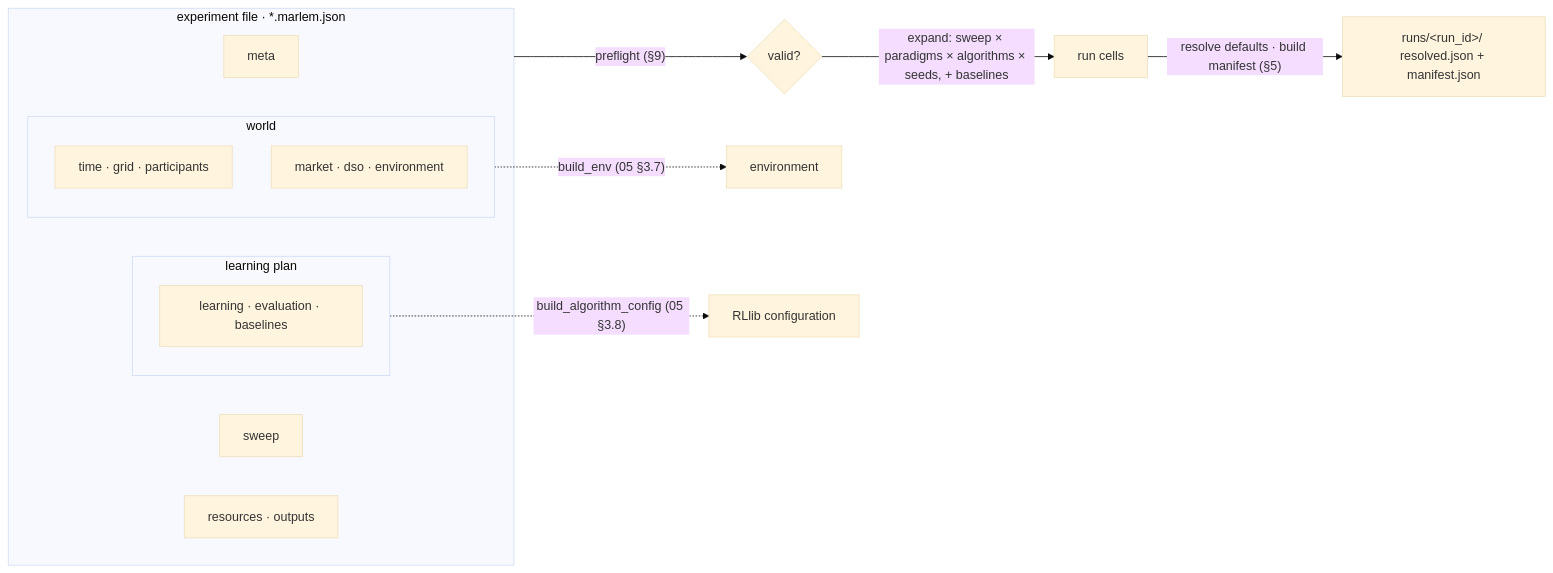
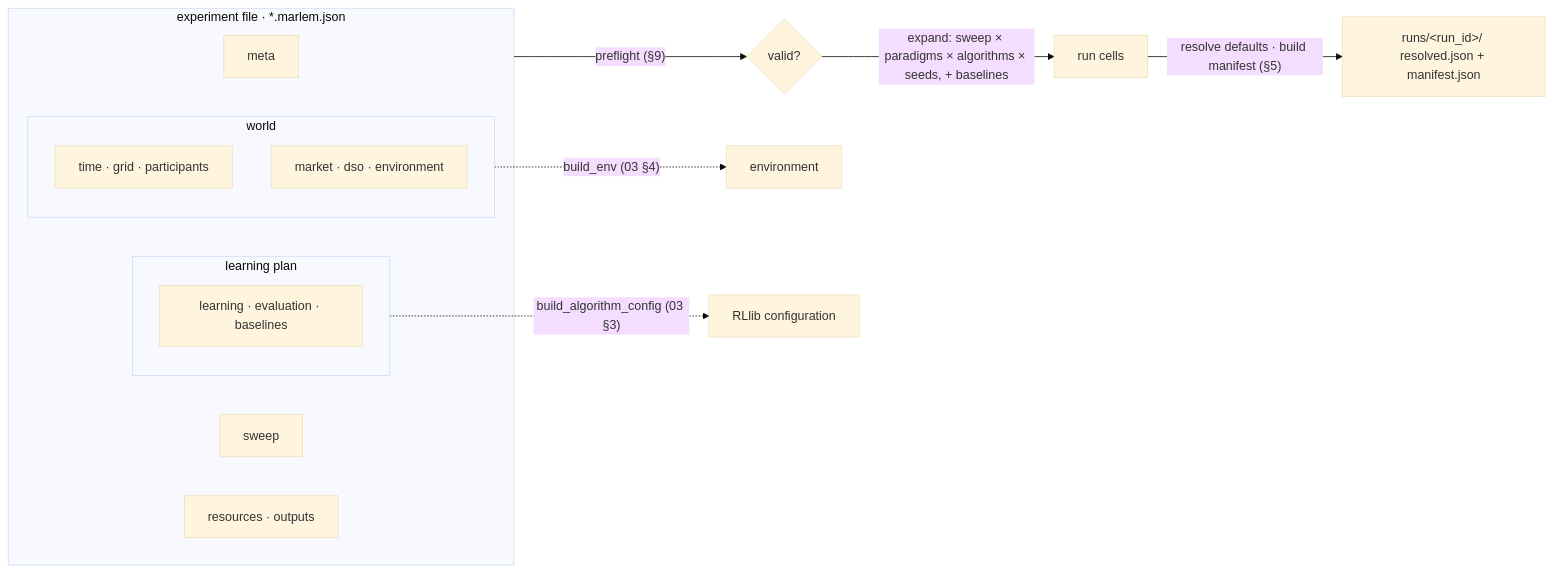
The diagram in docs_thesis/thesis/architecture/02-experiment-config.md (KevinRapo/P2P-thesis), drawn with Mermaid (base theme) before and after one commit. The commit also changed other lines of this file and 11 other files, not shown here.

First line of the commit message:
docs(architecture): structure over function reference; layer order 01-05

````diff
--- a/docs_thesis/thesis/architecture/02-experiment-config.md
+++ b/docs_thesis/thesis/architecture/02-experiment-config.md
@@ -40,20 +41,20 @@
 ```mermaid
 flowchart LR
   subgraph FILE["experiment file · *.marlem.json"]
     META["meta"]
     subgraph WORLD["world"]
       W1["time · grid · participants"]
       W2["market · dso · environment"]
     end
     subgraph PLAN["learning plan"]
       P1["learning · evaluation · baselines"]
     end
     SWEEP["sweep"]
     RES["resources · outputs"]
   end
   FILE -->|"preflight (§9)"| OK{"valid?"}
   OK -->|"expand: sweep × paradigms × algorithms × seeds, + baselines"| CELLS["run cells"]
   CELLS -->|"resolve defaults · build manifest (§5)"| RUNS["runs/&lt;run_id&gt;/ resolved.json + manifest.json"]
-  WORLD -. "build_env (05 §3.7)" .-> ENV["environment"]
-  PLAN -. "build_algorithm_config (05 §3.8)" .-> RL["RLlib configuration"]
+  WORLD -. "build_env (03 §4)" .-> ENV["environment"]
+  PLAN -. "build_algorithm_config (03 §3)" .-> RL["RLlib configuration"]
 ```
````
